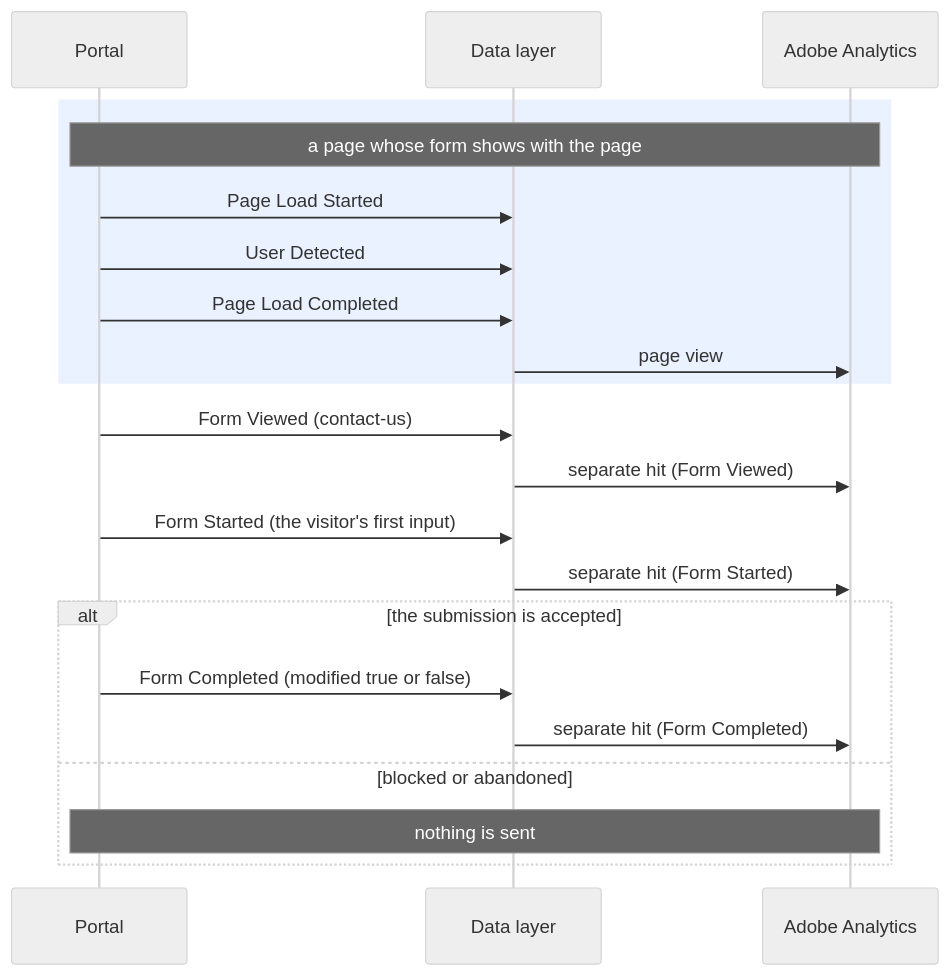
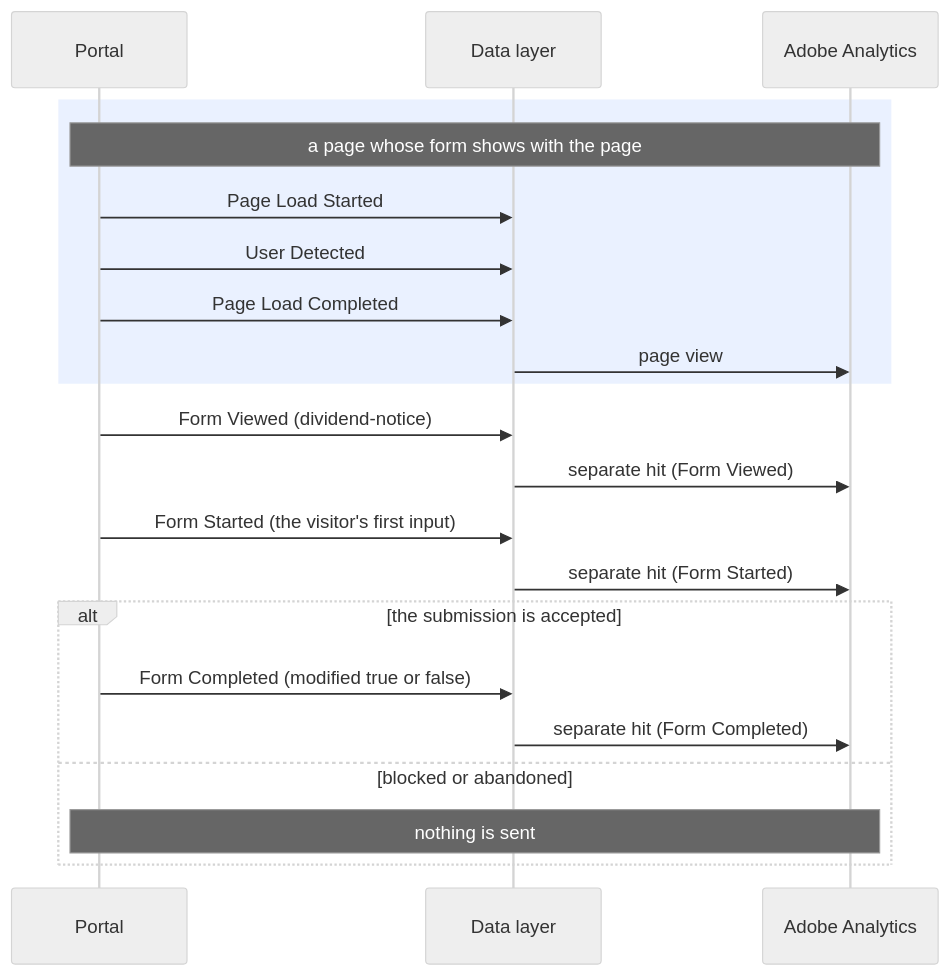
Before and after one commit to further-external/client-nyl-gmad-dl-spec: the diagram in events/form-completed.md, drawn with Mermaid (neutral theme). The commit also changed other lines of this file and 4 other files, not shown here.

````diff
--- a/events/form-completed.md
+++ b/events/form-completed.md
@@ -38,23 +40,23 @@
 ```mermaid
 sequenceDiagram
   participant UI as Portal
   participant DL as Data layer
   participant AA as Adobe Analytics
   rect rgba(80,140,255,0.12)
     Note over UI,AA: a page whose form shows with the page
     UI->>DL: Page Load Started
     UI->>DL: User Detected
     UI->>DL: Page Load Completed
     DL->>AA: page view
   end
-  UI->>DL: Form Viewed (contact-us)
+  UI->>DL: Form Viewed (dividend-notice)
   DL->>AA: separate hit (Form Viewed)
   UI->>DL: Form Started (the visitor's first input)
   DL->>AA: separate hit (Form Started)
   alt the submission is accepted
     UI->>DL: Form Completed (modified true or false)
     DL->>AA: separate hit (Form Completed)
   else blocked or abandoned
     Note over UI,AA: nothing is sent
   end
 ```
````
